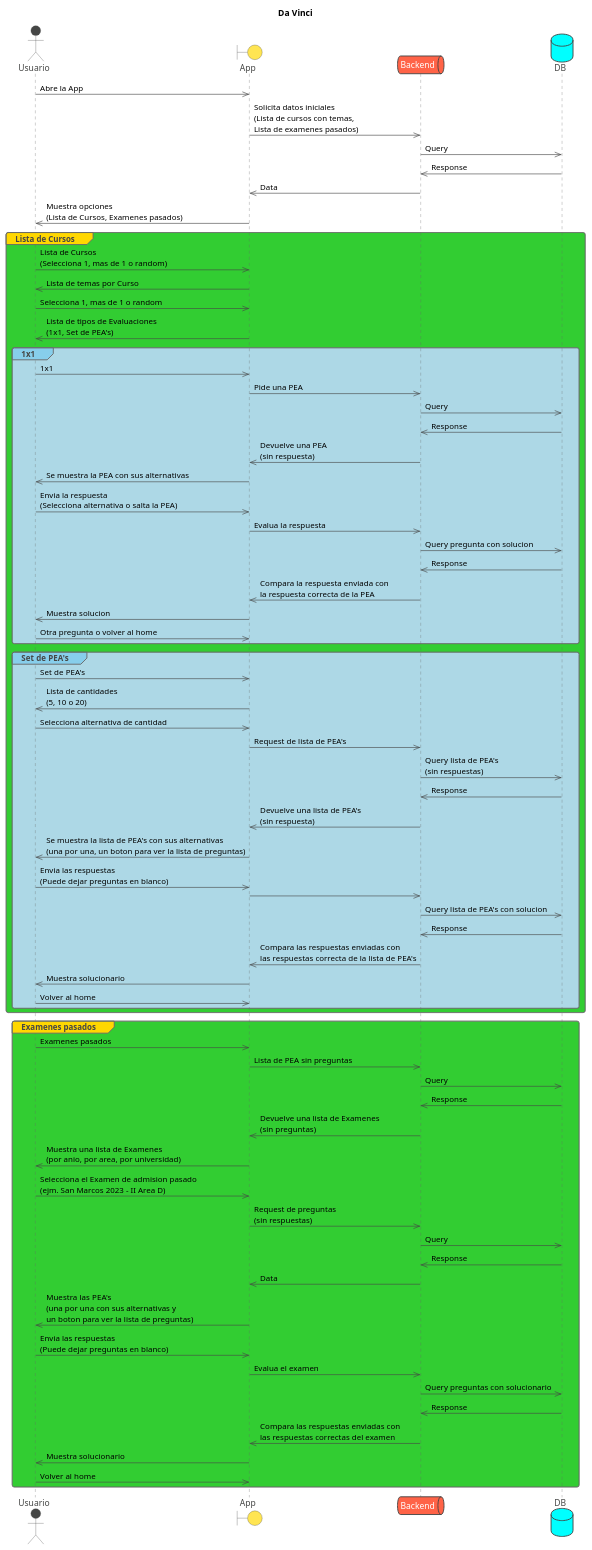
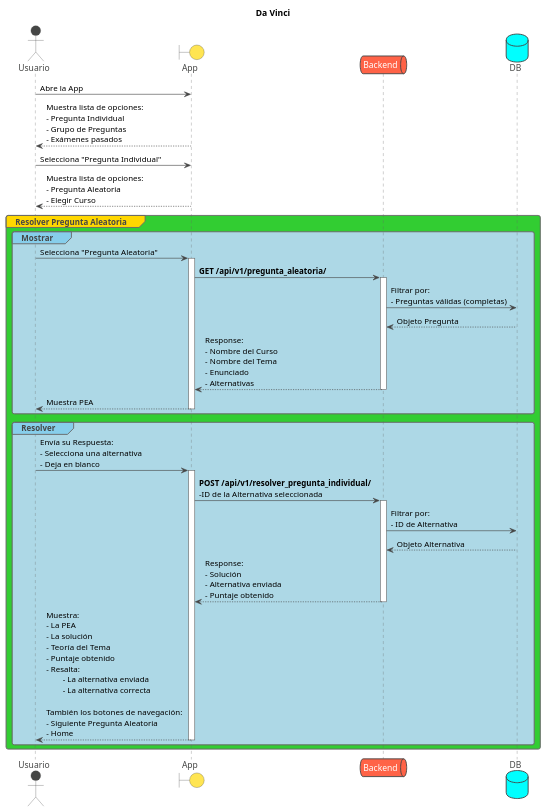
Before and after one commit to SrFuego/da-vinci: the diagram in docs/connections/interactions.wsd, drawn with PlantUML. The commit also changed 2 other files, not shown here.

Commit message:
ADD Diagrama detallado de interacciones para Pregunta Aleatoria

```diff
--- a/docs/connections/interactions.wsd
+++ b/docs/connections/interactions.wsd
@@ -1,85 +1,43 @@
 @startuml Da Vinci
 !theme vibrant
 
 title Da Vinci
 
 actor Usuario
 boundary App
 queue Backend
 database DB
 
 
-Usuario ->> App: Abre la App
-App ->> Backend: Solicita datos iniciales \n(Lista de cursos con temas, \nLista de examenes pasados)
-Backend ->> DB: Query
-DB ->> Backend: Response
-Backend ->> App: Data
-App ->> Usuario: Muestra opciones \n(Lista de Cursos, Examenes pasados)
+Usuario -> App: Abre la App
+Usuario <-- App: Muestra lista de opciones: \n- Pregunta Individual \n- Grupo de Preguntas \n- Exámenes pasados
+Usuario -> App: Selecciona "Pregunta Individual"
+Usuario <-- App: Muestra lista de opciones: \n- Pregunta Aleatoria \n- Elegir Curso
 
-
-group#Gold  #LimeGreen Lista de Cursos
-Usuario ->> App: Lista de Cursos \n(Selecciona 1, mas de 1 o random)
-App ->> Usuario: Lista de temas por Curso
-Usuario ->> App: Selecciona 1, mas de 1 o random
-App ->> Usuario: Lista de tipos de Evaluaciones \n(1x1, Set de PEA's)
-
-group#SkyBlue #LightBlue 1x1
-Usuario ->> App: 1x1
-App ->> Backend: Pide una PEA
-Backend ->> DB: Query
-DB ->> Backend: Response
-Backend ->> App: Devuelve una PEA \n(sin respuesta)
-App ->> Usuario: Se muestra la PEA con sus alternativas
-Usuario ->> App: Envia la respuesta \n(Selecciona alternativa o salta la PEA)
-App ->> Backend: Evalua la respuesta
-Backend ->> DB: Query pregunta con solucion
-DB ->> Backend: Response
-Backend ->> App: Compara la respuesta enviada con \nla respuesta correcta de la PEA
-App ->> Usuario: Muestra solucion
-Usuario ->> App: Otra pregunta o volver al home
+group#Gold  #LimeGreen Resolver Pregunta Aleatoria
+group#SkyBlue #LightBlue Mostrar
+Usuario -> App: Selecciona "Pregunta Aleatoria"
+activate App
+App -> Backend: **GET /api/v1/pregunta_aleatoria/**
+activate Backend
+Backend -> DB: Filtrar por: \n- Preguntas válidas (completas)
+Backend <-- DB: Objeto Pregunta
+App <-- Backend: Response: \n- Nombre del Curso \n- Nombre del Tema \n- Enunciado \n- Alternativas
+deactivate Backend
+Usuario <-- App: Muestra PEA
+deactivate App
 end
-
-group#SkyBlue #LightBlue Set de PEA's
-Usuario ->> App: Set de PEA's
-App ->> Usuario: Lista de cantidades \n(5, 10 o 20)
-Usuario ->> App: Selecciona alternativa de cantidad
-App ->> Backend: Request de lista de PEA's
-Backend ->> DB: Query lista de PEA's \n(sin respuestas)
-DB ->> Backend: Response
-Backend ->> App: Devuelve una lista de PEA's \n(sin respuesta)
-App ->> Usuario: Se muestra la lista de PEA's con sus alternativas \n(una por una, un boton para ver la lista de preguntas)
-Usuario ->> App: Envia las respuestas \n(Puede dejar preguntas en blanco)
-App ->> Backend: 
-Backend ->> DB: Query lista de PEA's con solucion
-DB ->> Backend: Response
-Backend ->> App: Compara las respuestas enviadas con \nlas respuestas correcta de la lista de PEA's
-App ->> Usuario: Muestra solucionario
-Usuario ->> App: Volver al home
+group#SkyBlue #LightBlue Resolver
+Usuario -> App: Envía su Respuesta: \n- Selecciona una alternativa \n- Deja en blanco
+activate App
+App -> Backend: **POST /api/v1/resolver_pregunta_individual/** \n-ID de la Alternativa seleccionada
+activate Backend
+Backend -> DB: Filtrar por: \n- ID de Alternativa
+Backend <-- DB: Objeto Alternativa
+App <-- Backend: Response: \n- Solución \n- Alternativa enviada \n- Puntaje obtenido
+deactivate Backend
+Usuario <-- App: Muestra: \n- La PEA \n- La solución \n- Teoría del Tema \n- Puntaje obtenido \n- Resalta: \n\t- La alternativa enviada \n\t- La alternativa correcta \n\nTambién los botones de navegación: \n- Siguiente Pregunta Aleatoria \n- Home
+deactivate App
 end
-
 end
-
-
-group#Gold #LimeGreen Examenes pasados
-Usuario ->> App: Examenes pasados
-App ->> Backend: Lista de PEA sin preguntas
-Backend ->> DB: Query
-DB ->> Backend: Response
-Backend ->> App: Devuelve una lista de Examenes \n(sin preguntas)
-App ->> Usuario: Muestra una lista de Examenes \n(por anio, por area, por universidad)
-Usuario ->> App: Selecciona el Examen de admision pasado \n(ejm. San Marcos 2023 - II Area D)
-App ->> Backend: Request de preguntas \n(sin respuestas)
-Backend ->> DB: Query
-DB ->> Backend: Response
-Backend ->> App: Data
-App ->> Usuario: Muestra las PEA's \n(una por una con sus alternativas y \nun boton para ver la lista de preguntas)
-Usuario ->> App: Envia las respuestas \n(Puede dejar preguntas en blanco)
-App ->> Backend: Evalua el examen
-Backend ->> DB: Query preguntas con solucionario
-DB ->> Backend: Response
-Backend ->> App: Compara las respuestas enviadas con \nlas respuestas correctas del examen
-App ->> Usuario: Muestra solucionario
-Usuario ->> App: Volver al home
-end
-
 @enduml
```
